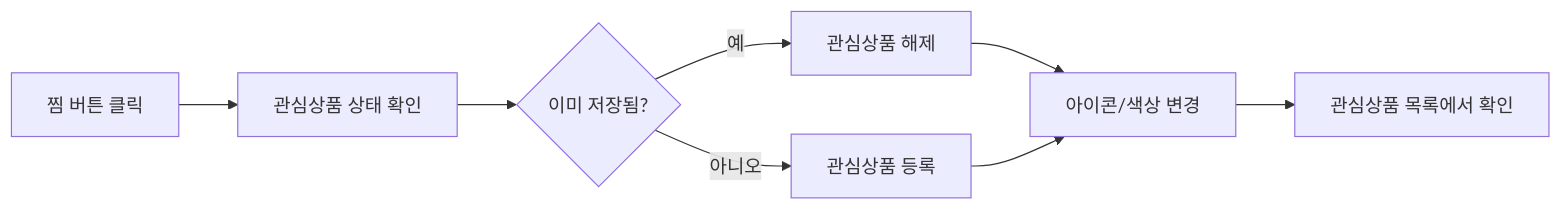
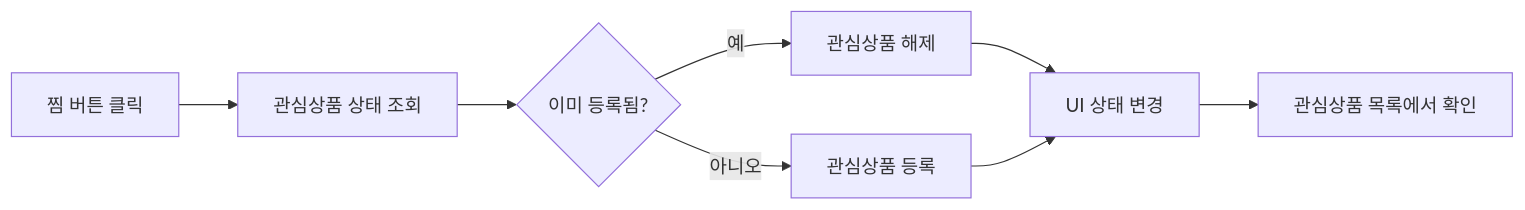
Before and after one commit to boppq1/bnk_1st_prj: the fourth of 6 diagrams in README.md, drawn with Mermaid. The commit also changed other lines of this file, not shown here.

````diff
--- a/README.md
+++ b/README.md
@@ -181,10 +220,10 @@
 ```mermaid
 flowchart LR
-    A[찜 버튼 클릭] --> B[관심상품 상태 확인]
-    B --> C{이미 저장됨?}
+    A[찜 버튼 클릭] --> B[관심상품 상태 조회]
+    B --> C{이미 등록됨?}
     C -- 예 --> D[관심상품 해제]
     C -- 아니오 --> E[관심상품 등록]
-    D --> F[아이콘/색상 변경]
+    D --> F[UI 상태 변경]
     E --> F
     F --> G[관심상품 목록에서 확인]
 ```
````
